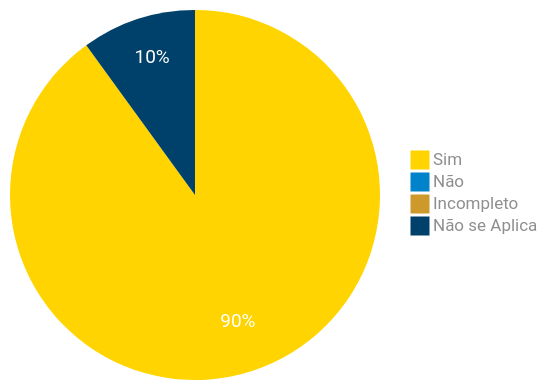
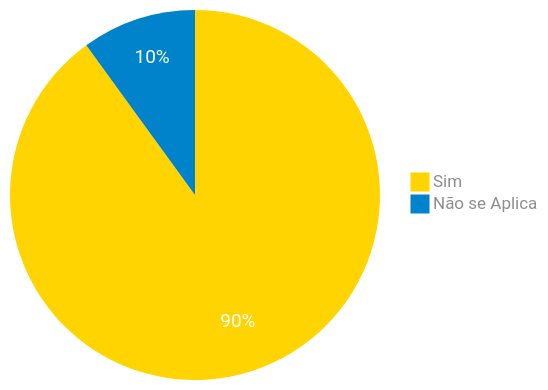
The sixth of 7 diagrams in docs/verificacao_01/grupo/analise_requisitos1/analise_tarefas/analise-hta.md (claudiohsc/2024.1-Correios), drawn with Mermaid before and after one commit. The commit also changed other lines of this file, not shown here.

````diff
--- a/docs/verificacao_01/grupo/analise_requisitos1/analise_tarefas/analise-hta.md
+++ b/docs/verificacao_01/grupo/analise_requisitos1/analise_tarefas/analise-hta.md
@@ -567,24 +571,22 @@
 ``` mermaid
 %%{
   init: {
     'theme': 'base',
     'themeVariables': {
         'primaryColor': '#FFD400',
         'secondaryColor': '#0083CA',
         'tertiaryColor': '#CD992B',
         'pie4': '#00416B',
         'primaryTextColor': '#8e8e8e',
         'pieStrokeWidth': '0px',
         'pieOuterStrokeWidth': '0px',
         'pieOpacity': '1',
         'pieSectionTextColor': '#fff',
         'pieSectionTextSize': '19px'
     }
   }
 }%%
 pie
     "Sim" : 9
-    "Não" : 0
-    "Incompleto" : 0
     "Não se Aplica" : 1
 ```
````
